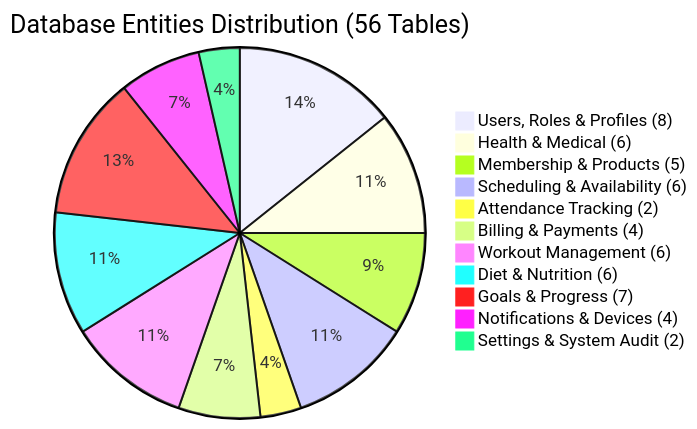
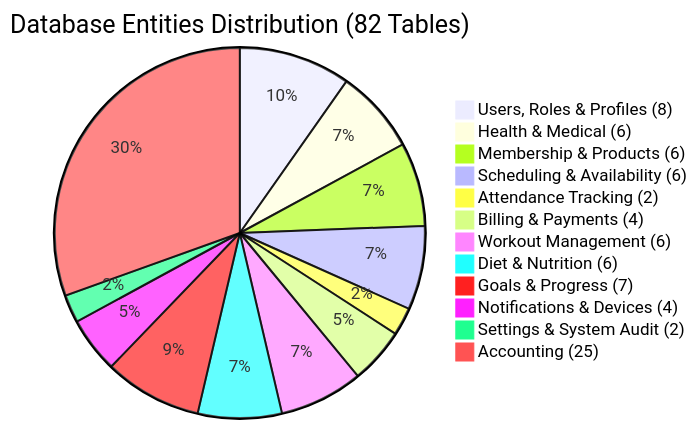
Before and after one commit to shabibmr/luxeknox: the diagram in docs/database-entities.md, drawn with Mermaid. The commit also changed other lines of this file and 5 other files, not shown here.

````diff
--- a/docs/database-entities.md
+++ b/docs/database-entities.md
@@ -22,14 +22,15 @@
 ```mermaid
-pie title Database Entities Distribution (56 Tables)
+pie title Database Entities Distribution (82 Tables)
     "Users, Roles & Profiles (8)" : 8
     "Health & Medical (6)" : 6
-    "Membership & Products (5)" : 5
+    "Membership & Products (6)" : 6
     "Scheduling & Availability (6)" : 6
     "Attendance Tracking (2)" : 2
     "Billing & Payments (4)" : 4
     "Workout Management (6)" : 6
     "Diet & Nutrition (6)" : 6
     "Goals & Progress (7)" : 7
     "Notifications & Devices (4)" : 4
     "Settings & System Audit (2)" : 2
+    "Accounting (25)" : 25
 ```
````
